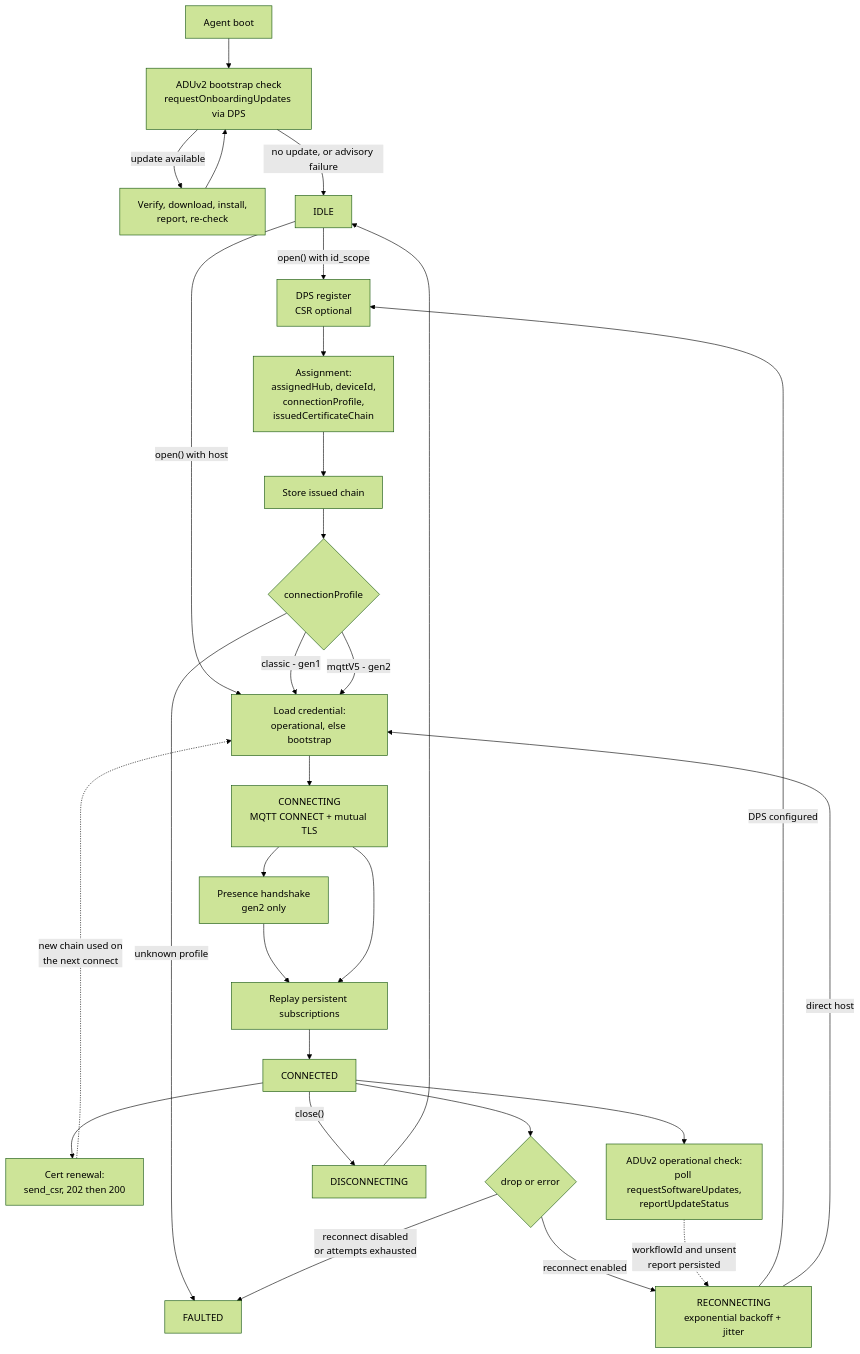
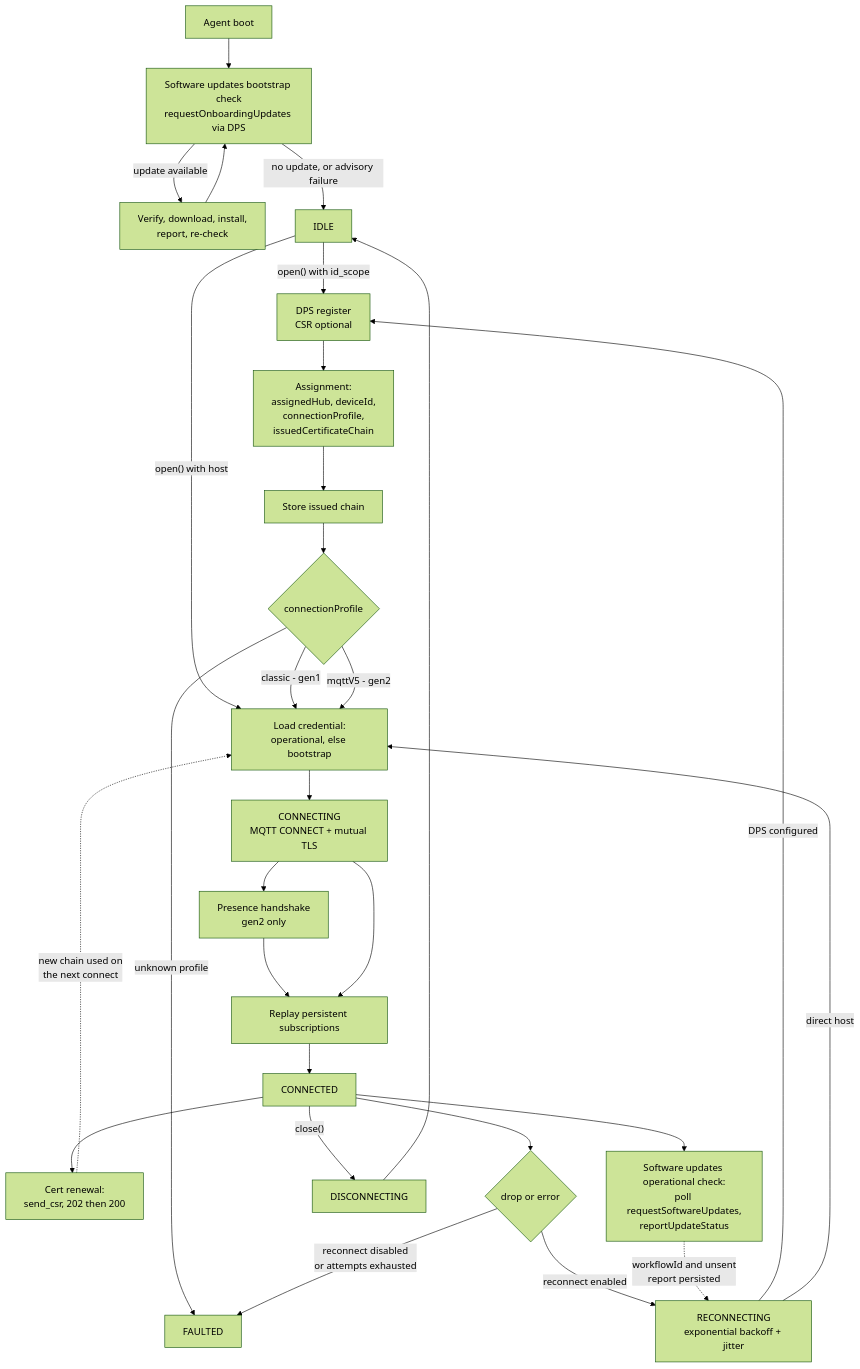
The ninth of 9 diagrams in c/docs/connection.md (Azure/azure-iot-sdk), drawn with Mermaid (forest theme) before and after one commit. The commit also changed other lines of this file and 144 other files, not shown here.

````diff
--- a/c/docs/connection.md
+++ b/c/docs/connection.md
@@ -628,36 +628,36 @@
 ```mermaid
 flowchart TB
-    BOOT["Agent boot"] --> BCHK["ADUv2 bootstrap check<br/>requestOnboardingUpdates via DPS"]
+    BOOT["Agent boot"] --> BCHK["Software updates bootstrap check<br/>requestOnboardingUpdates via DPS"]
     BCHK -->|"update available"| BINST["Verify, download, install,<br/>report, re-check"]
     BINST --> BCHK
     BCHK -->|"no update, or advisory failure"| IDLE["IDLE"]
 
     IDLE -->|"open() with id_scope"| REG["DPS register<br/>CSR optional"]
     IDLE -->|"open() with host"| CRED
 
     REG --> ASSIGN["Assignment:<br/>assignedHub, deviceId,<br/>connectionProfile,<br/>issuedCertificateChain"]
     ASSIGN --> STORE1["Store issued chain"]
     STORE1 --> PROFILE{"connectionProfile"}
 
     PROFILE -->|"unknown profile"| FAULTED
     PROFILE -->|"classic - gen1"| CRED
     PROFILE -->|"mqttV5 - gen2"| CRED["Load credential:<br/>operational, else bootstrap"]
 
     CRED --> CONNECTING["CONNECTING<br/>MQTT CONNECT + mutual TLS"]
     CONNECTING --> BIRTH["Presence handshake<br/>gen2 only"]
     BIRTH --> SUBS["Replay persistent subscriptions"]
     CONNECTING --> SUBS
     SUBS --> CONNECTED["CONNECTED"]
 
     CONNECTED --> CRENEW["Cert renewal:<br/>send_csr, 202 then 200"]
     CRENEW -.->|"new chain used on<br/>the next connect"| CRED
-    CONNECTED --> ARENEW["ADUv2 operational check:<br/>poll requestSoftwareUpdates,<br/>reportUpdateStatus"]
+    CONNECTED --> ARENEW["Software updates operational check:<br/>poll requestSoftwareUpdates,<br/>reportUpdateStatus"]
 
     CONNECTED -->|"close()"| DISC["DISCONNECTING"] --> IDLE
     CONNECTED --> DROP{"drop or error"}
     DROP -->|"reconnect disabled<br/>or attempts exhausted"| FAULTED["FAULTED"]
     DROP -->|"reconnect enabled"| RECON["RECONNECTING<br/>exponential backoff + jitter"]
     RECON -->|"DPS configured"| REG
     RECON -->|"direct host"| CRED
     ARENEW -.->|"workflowId and unsent<br/>report persisted"| RECON
 ```
````
